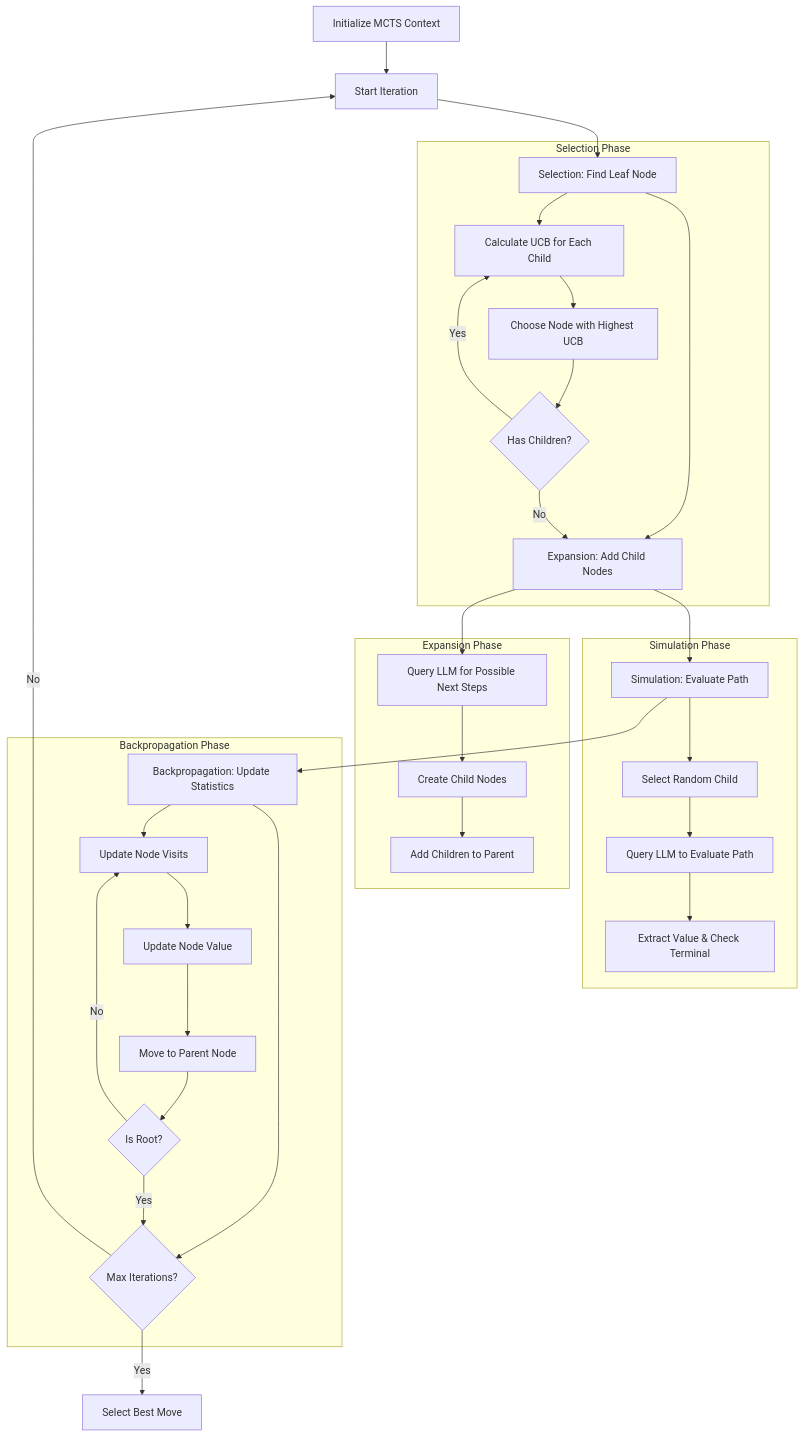
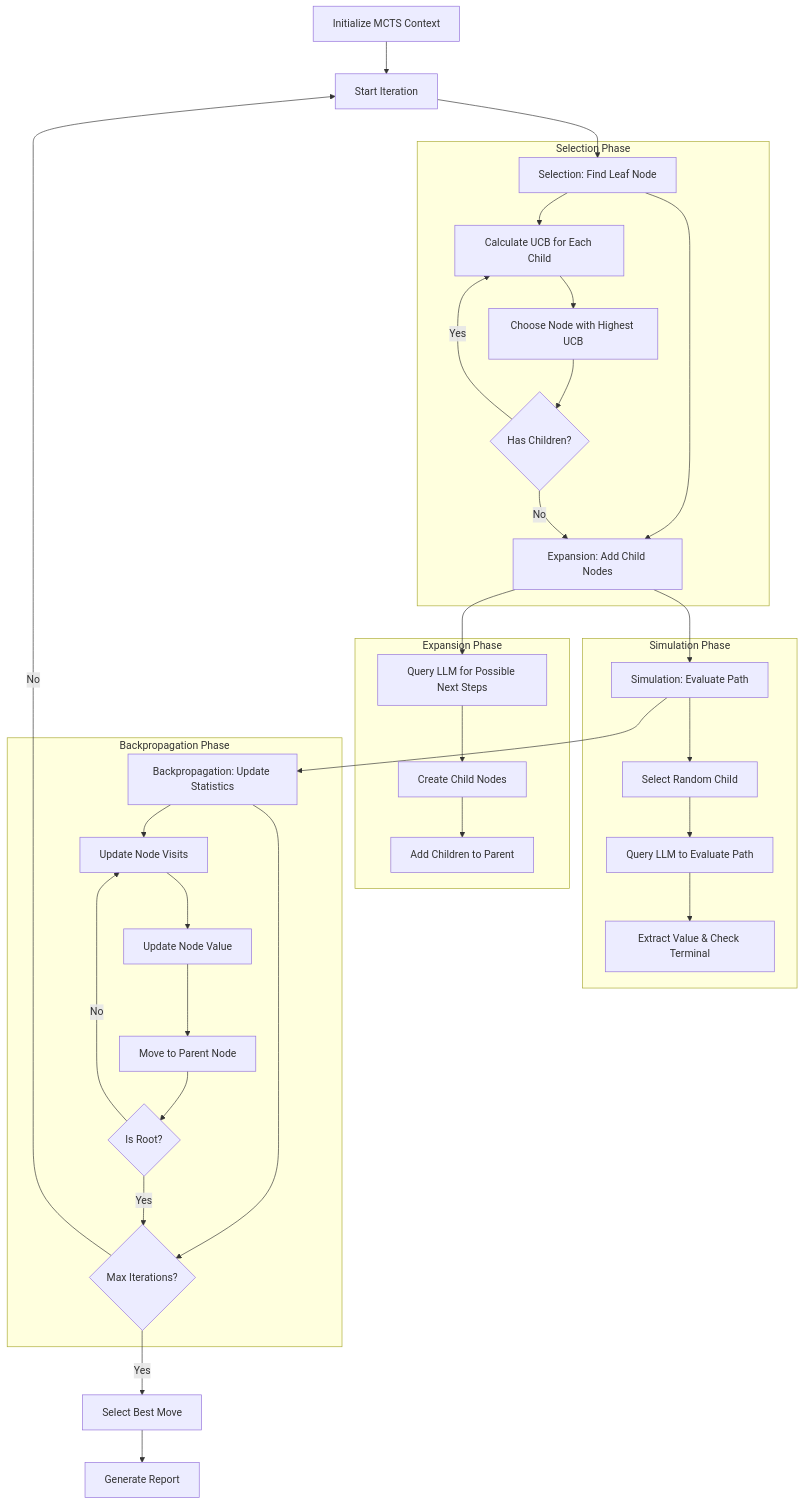
The diagram in examples/code-review/README.md (ObiyaDev/obiya-examples), drawn with Mermaid before and after one commit. The commit also changed other lines of this file and 5 other files, not shown here.

````diff
--- a/examples/code-review/README.md
+++ b/examples/code-review/README.md
@@ -36,40 +66,41 @@
 ```mermaid
 flowchart TD
     A[Initialize MCTS Context] --> B[Start Iteration]
     B --> C[Selection: Find Leaf Node]
     C --> D[Expansion: Add Child Nodes]
     D --> E[Simulation: Evaluate Path]
     E --> F[Backpropagation: Update Statistics]
     F --> G{Max Iterations?}
     G -->|No| B
     G -->|Yes| H[Select Best Move]
+    H --> I[Generate Report]
     
     subgraph "Selection Phase"
     C --> C1[Calculate UCB for Each Child]
     C1 --> C2[Choose Node with Highest UCB]
     C2 --> C3{Has Children?}
     C3 -->|Yes| C1
     C3 -->|No| D
     end
     
     subgraph "Expansion Phase"
     D --> D1[Query LLM for Possible Next Steps]
     D1 --> D2[Create Child Nodes]
     D2 --> D3[Add Children to Parent]
     end
     
     subgraph "Simulation Phase"
     E --> E1[Select Random Child]
     E1 --> E2[Query LLM to Evaluate Path]
     E2 --> E3[Extract Value & Check Terminal]
     end
     
     subgraph "Backpropagation Phase"
     F --> F1[Update Node Visits]
     F1 --> F2[Update Node Value]
     F2 --> F3[Move to Parent Node]
     F3 --> F4{Is Root?}
     F4 -->|No| F1
     F4 -->|Yes| G
     end
 ```
````
